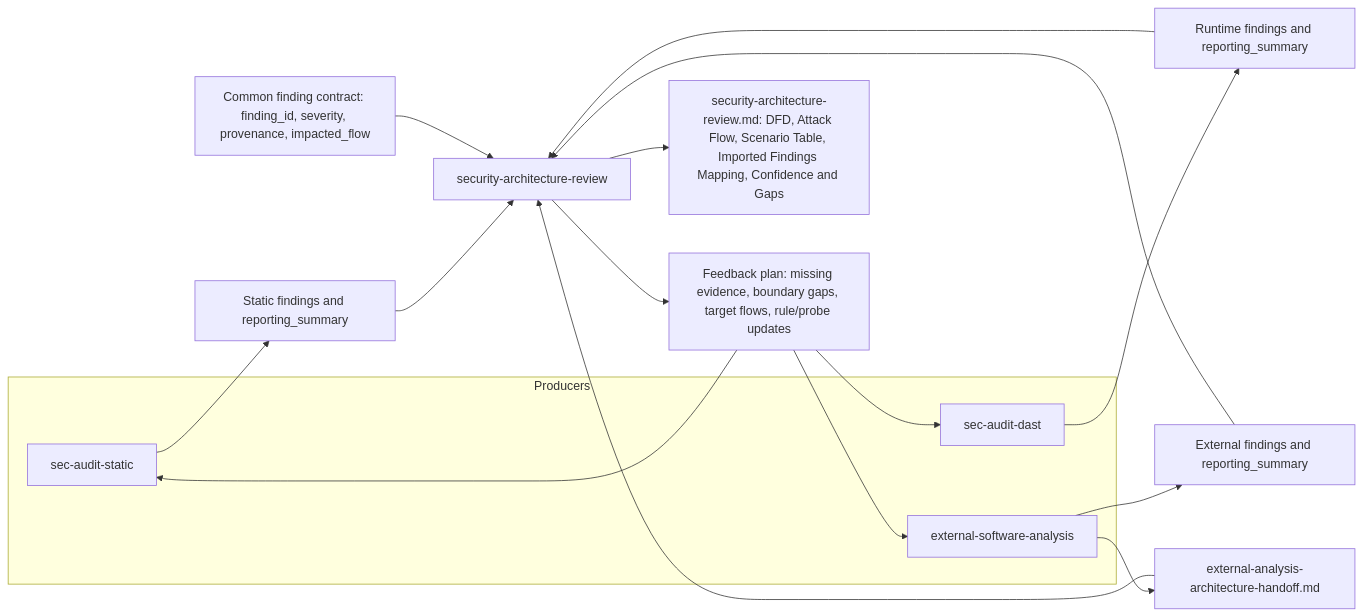
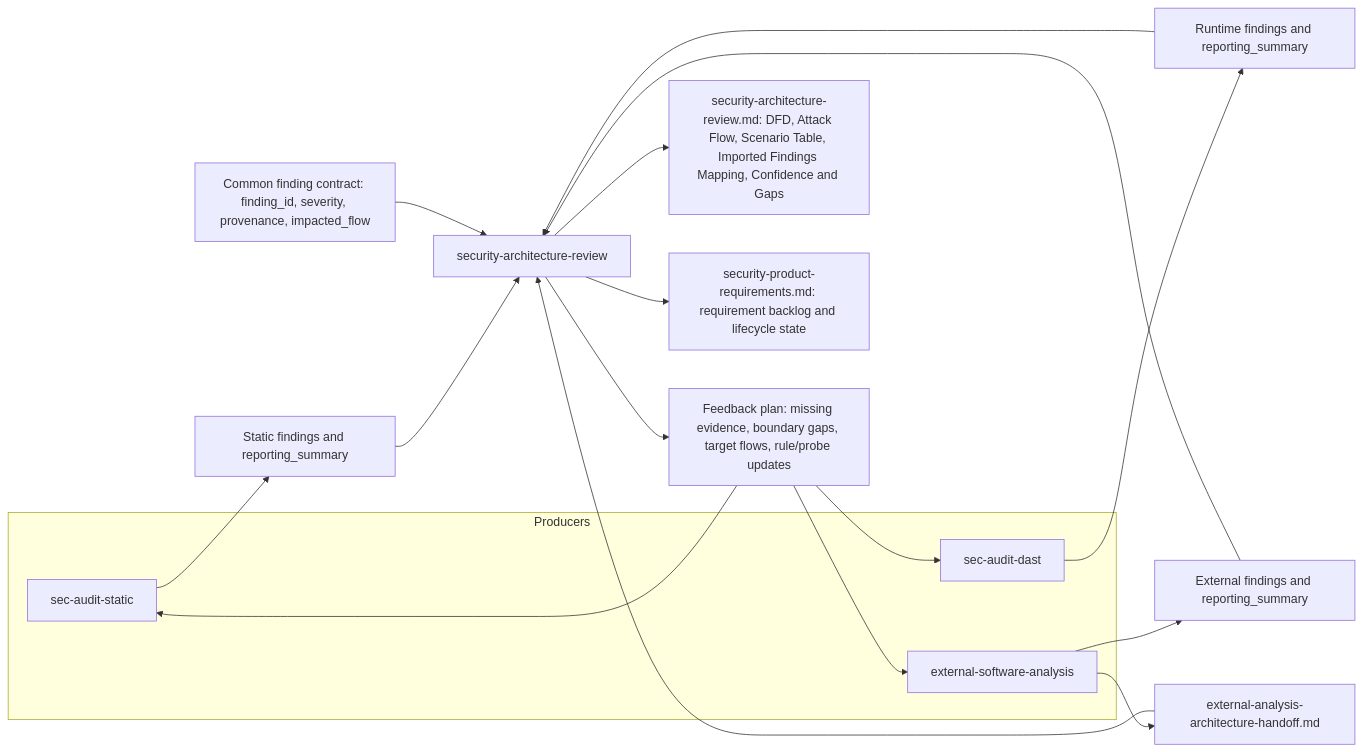
One commit to windshock/oh-my-secuaudit changed the diagram in README.md. Above: the diagram before and after it, drawn with Mermaid. The commit also changed other lines of this file and 3 other files, not shown here.

Commit message:
Add architecture-to-product requirement lifecycle to review skill

````diff
--- a/README.md
+++ b/README.md
@@ -23,28 +23,29 @@
 ```mermaid
 flowchart LR
     subgraph Producers
         S["sec-audit-static"]
         D["sec-audit-dast"]
         E["external-software-analysis"]
     end
 
     S --> SO["Static findings and reporting_summary"]
     D --> DO["Runtime findings and reporting_summary"]
     E --> EO["External findings and reporting_summary"]
     E --> EH["external-analysis-architecture-handoff.md"]
 
     C["Common finding contract: finding_id, severity, provenance, impacted_flow"]
 
     SO --> R["security-architecture-review"]
     DO --> R
     EO --> R
     EH --> R
     C --> R
 
     R --> FB["Feedback plan: missing evidence, boundary gaps, target flows, rule/probe updates"]
     FB --> S
     FB --> D
     FB --> E
 
     R --> O["security-architecture-review.md: DFD, Attack Flow, Scenario Table, Imported Findings Mapping, Confidence and Gaps"]
+    R --> P["security-product-requirements.md: requirement backlog and lifecycle state"]
 ```
````
